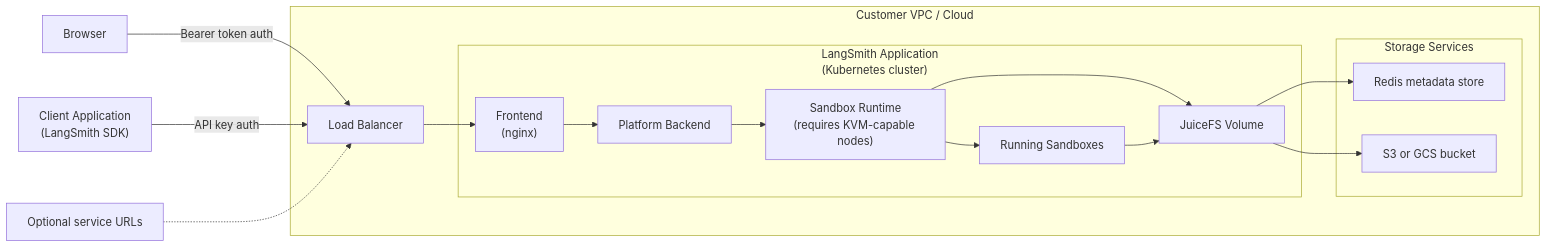
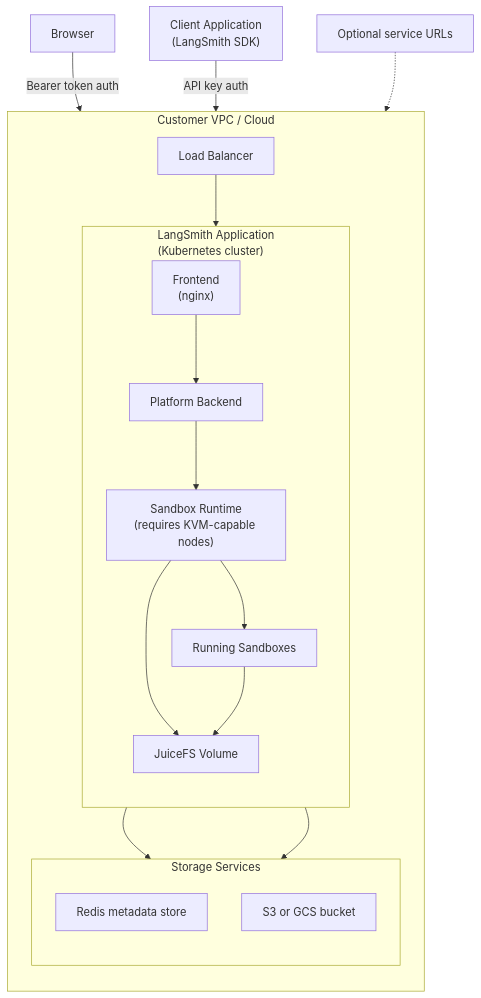
Before and after one commit to langchain-ai/docs: the diagram in src/langsmith/self-host-sandboxes.mdx, drawn with Mermaid.

Commit message:
docs: make sandbox diagram vertical

````diff
--- a/src/langsmith/self-host-sandboxes.mdx
+++ b/src/langsmith/self-host-sandboxes.mdx
@@ -28,37 +28,40 @@
 ```mermaid
-flowchart LR
+flowchart TB
     browser["Browser"]
     sdk["Client Application<br/>(LangSmith SDK)"]
 
     browser -->|"Bearer token auth"| lb["Load Balancer"]
     sdk -->|"API key auth"| lb
 
     subgraph customer["Customer VPC / Cloud"]
+        direction TB
         lb
 
         subgraph app["LangSmith Application<br/>(Kubernetes cluster)"]
+            direction TB
             frontend["Frontend<br/>(nginx)"]
             platform["Platform Backend"]
             runtime["Sandbox Runtime<br/>(requires KVM-capable nodes)"]
             sandboxes["Running Sandboxes"]
             juicefs["JuiceFS Volume"]
 
             frontend --> platform
             platform --> runtime
             runtime --> sandboxes
             runtime --> juicefs
             sandboxes --> juicefs
         end
 
         subgraph storage["Storage Services"]
+            direction TB
             redis["Redis metadata store"]
             bucket["S3 or GCS bucket"]
         end
 
         lb --> frontend
         juicefs --> redis
         juicefs --> bucket
     end
 
     service_urls["Optional service URLs"] -.-> lb
 ```
````
